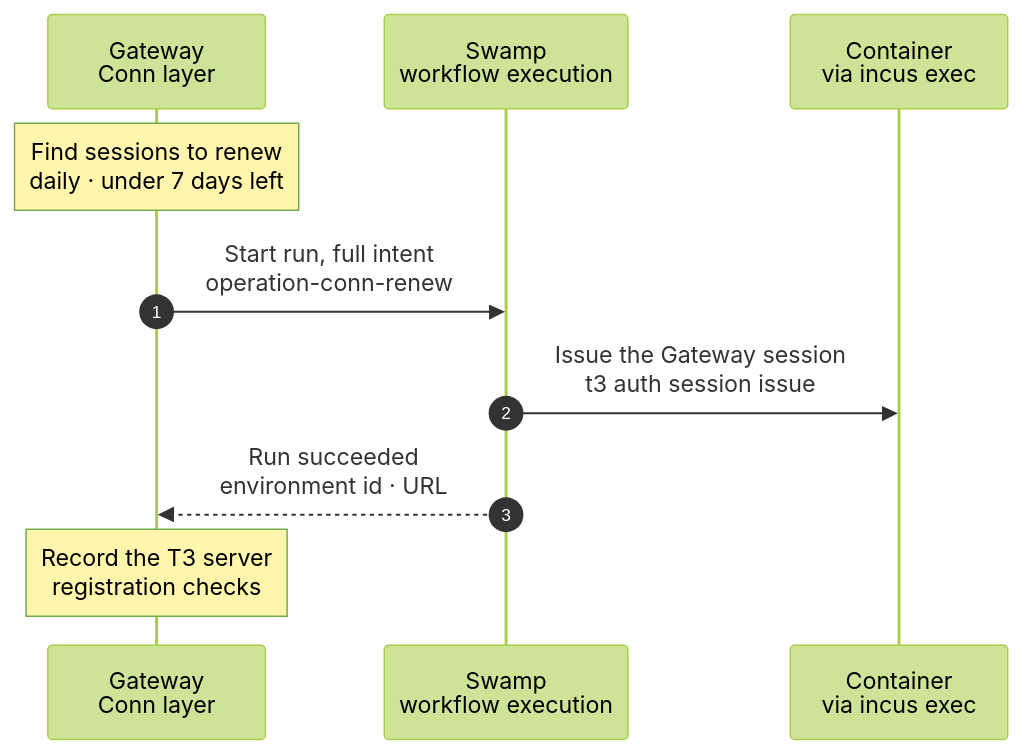
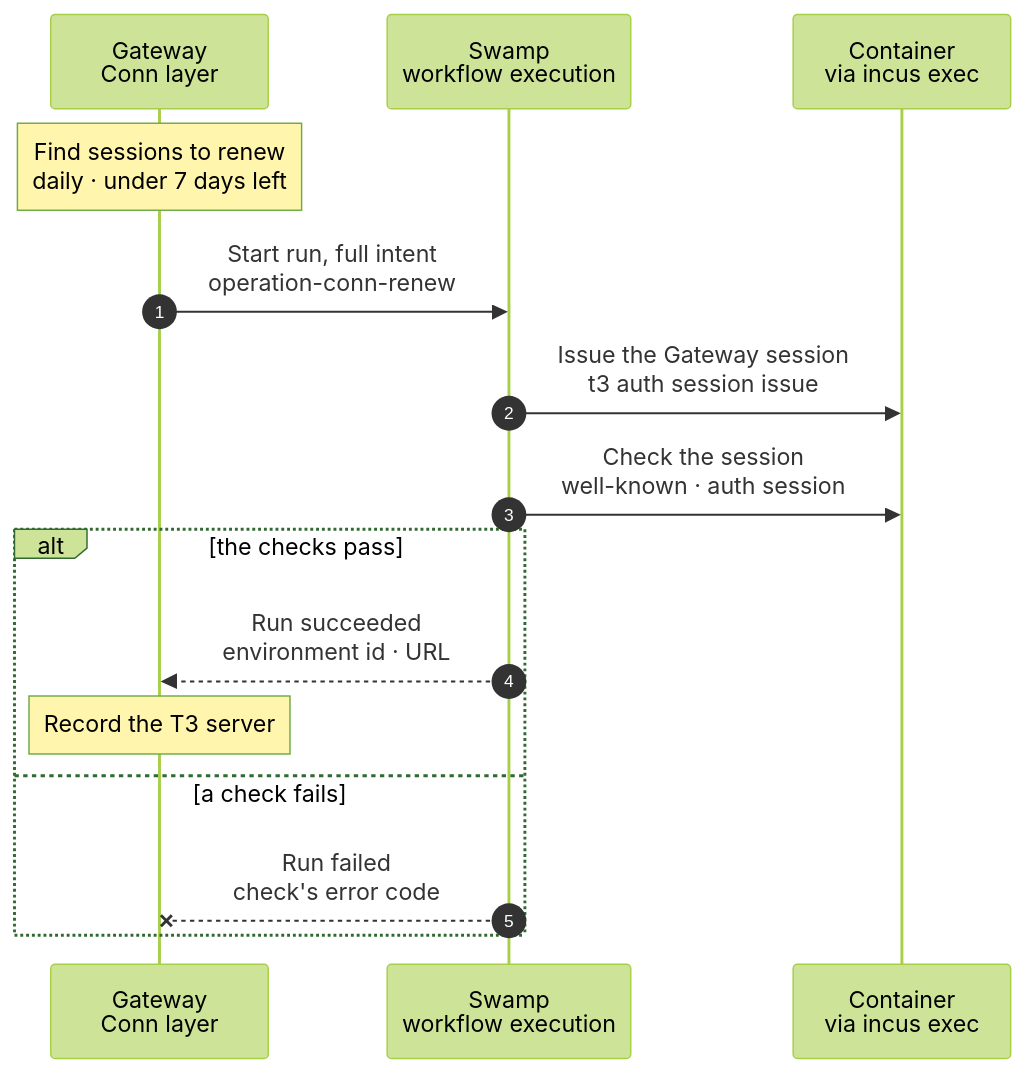
Before and after one commit to hardimpactdev/orbit: the diagram in docs/cli/instance/container/t3-register.mmd, drawn with Mermaid (forest theme). The commit also changed 12 other files, not shown here.

```diff
--- a/docs/cli/instance/container/t3-register.mmd
+++ b/docs/cli/instance/container/t3-register.mmd
@@ -1,41 +1,50 @@
 sequenceDiagram
   %% Target design, container runtime (ADR 0250 step 6, docs/reference/development-containers.md#t3-registration-and-pairing): how Orbit registers a container's T3 server with the Conn layer. The step runs inside create and wake, and in a daily renewal run. The container cannot call the Gateway, so the Gateway records the server from the run's result, with the checks of `POST /conn/environments` (docs/reference/conn.md#registration).
   %% status: draft
   %% command: none · step of create, wake, renewal
   %% kind: conn.environment_renew
   autonumber
   %% lane GW icon=gateway pill=intent tone=blue
   %% lane SW icon=workflow pill=executes tone=green
   %% lane C icon=server pill=target tone=purple
   participant GW as Gateway<br/>Conn layer
   participant SW as Swamp<br/>workflow execution
   participant C as Container<br/>via incus exec
   Note over GW: Find sessions to renew<br/>daily · under 7 days left
   %%> When:
   %%> - create and wake run the same steps inside their own runs; this daily check only covers running containers
   %%> Skips:
   %%> - a sleeping Instance: its wake renews the session
   %%> Result:
-  %%> - one task per T3 server, with the Instance lock
+  %%> - one task per T3 server, with the Instance lock; the intent names a fresh vault key for the session
   GW->>SW: Start run, full intent<br/>operation-conn-renew
   SW->>C: Issue the Gateway session<br/>t3 auth session issue
   %%> Command, as `agent`:
   %%> - `t3 auth session issue --label "Orbit Gateway" --token-only`
   %%> What it does:
-  %%> - reads the environment id from `/.well-known/t3/environment`
-  %%> - the session goes to the vault as a sensitive output, never into the run's inputs, outputs or logs
+  %%> - the session goes to the vault key that the intent names, as a sensitive output, never into the run's inputs, outputs or logs
   %%> Why the label:
   %%> - after recording, the Gateway's cleanup revokes earlier `Orbit Gateway` sessions on this server
-  SW-->>GW: Run succeeded<br/>environment id · URL
-  %%> Returns:
-  %%> - the environment id, the URL `http://NODE-WG:PORT` and the vault key of the session
-  Note over GW: Record the T3 server<br/>registration checks
-  %%> What it does, with the checks of `POST /conn/environments`:
-  %%> - reads the session from the vault and deletes the vault copy
-  %%> - the served environment id must equal the returned one, else `conn.environment_mismatch`
-  %%> - T3 must accept the session, else `conn.session_rejected`; it must carry `access:read` and `access:write`, else `conn.admin_scope_missing`
-  %%> Result:
-  %%> - the server's Node is the container's Node; the record names the Instance
-  %%> - the session is stored encrypted with its expiry; cleanup of earlier `Orbit Gateway` sessions starts
-  %%> On a failed check:
-  %%> - a renewal keeps the old record and session, and the next daily check tries again; a create or wake fails with the check's code
+  SW->>C: Check the session<br/>well-known · auth session
+  %%> What it does, the checks of `POST /conn/environments`, inside the container:
+  %%> - reads the environment id from `/.well-known/t3/environment`; on a renewal it must equal the recorded one, else `conn.environment_mismatch`
+  %%> - T3 must accept the session at `/api/auth/session`, else `conn.session_rejected`
+  %%> - the session must carry `access:read` and `access:write`, else `conn.admin_scope_missing`
+  %%> Why here:
+  %%> - the Gateway records the result and does not check it again
+  alt the checks pass
+    SW-->>GW: Run succeeded<br/>environment id · URL
+    %%> Returns:
+    %%> - the environment id, the URL `http://NODE-WG:PORT`, the session's expiry and its vault key
+    Note over GW: Record the T3 server
+    %%> What it does:
+    %%> - moves the session from the vault into its encrypted record and deletes the vault copy, as the pairing result does with its link
+    %%> Result:
+    %%> - the server's Node is the container's Node; the record names the Instance
+    %%> - cleanup of earlier `Orbit Gateway` sessions starts
+  else a check fails
+    SW--xGW: Run failed<br/>check's error code
+    %%> Result:
+    %%> - a renewal keeps the old record and session, and the next daily check tries again
+    %%> - in a create or wake, the Instance fails with the check's code
+  end
```
